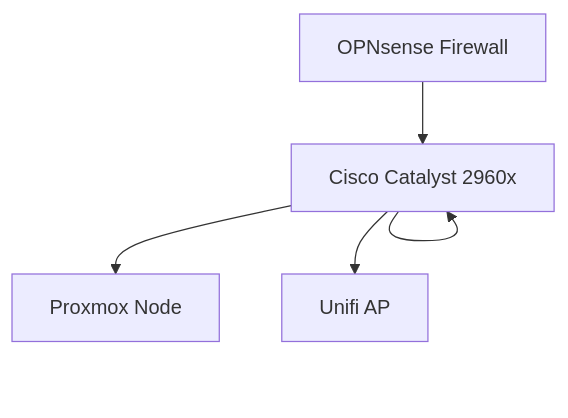
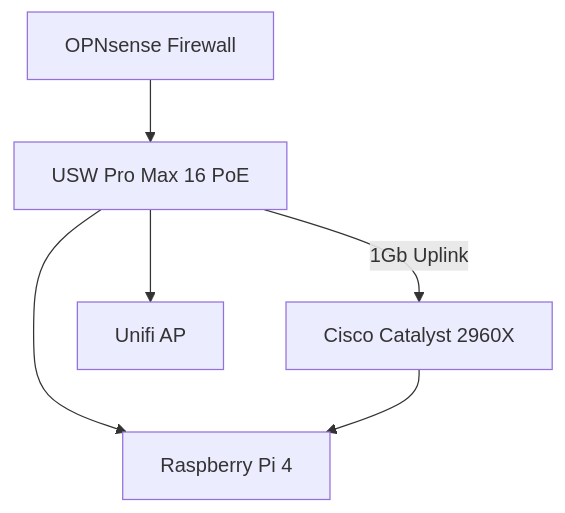
The diagram in docs/index.md (moshthesubnet/my-lab-docs), drawn with Mermaid before and after one commit.

````diff
--- a/docs/index.md
+++ b/docs/index.md
@@ -43,6 +43,11 @@
 ```mermaid
 graph TD
-    Firewall[OPNsense Firewall] --> Switch[USW Pro Max 16 PoE] --> Switch[Cisco Catalyst 2960x]
-    Switch --> Server[Proxmox Node]
-    Switch --> AP[Unifi AP]
+    Firewall[OPNsense Firewall] --> MainSwitch[USW Pro Max 16 PoE]
+    MainSwitch -- 1Gb Uplink --> LabSwitch[Cisco Catalyst 2960X]
+    
+    %% Devices connected to Unifi Switch
+    MainSwitch --> AP[Unifi AP]
+    MainSwitch --> Server[Proxmox Node]
+    %% Devices connected to Cisco Switch
+    LabSwitch --> Server[Raspberry Pi 4]
 ```
````
